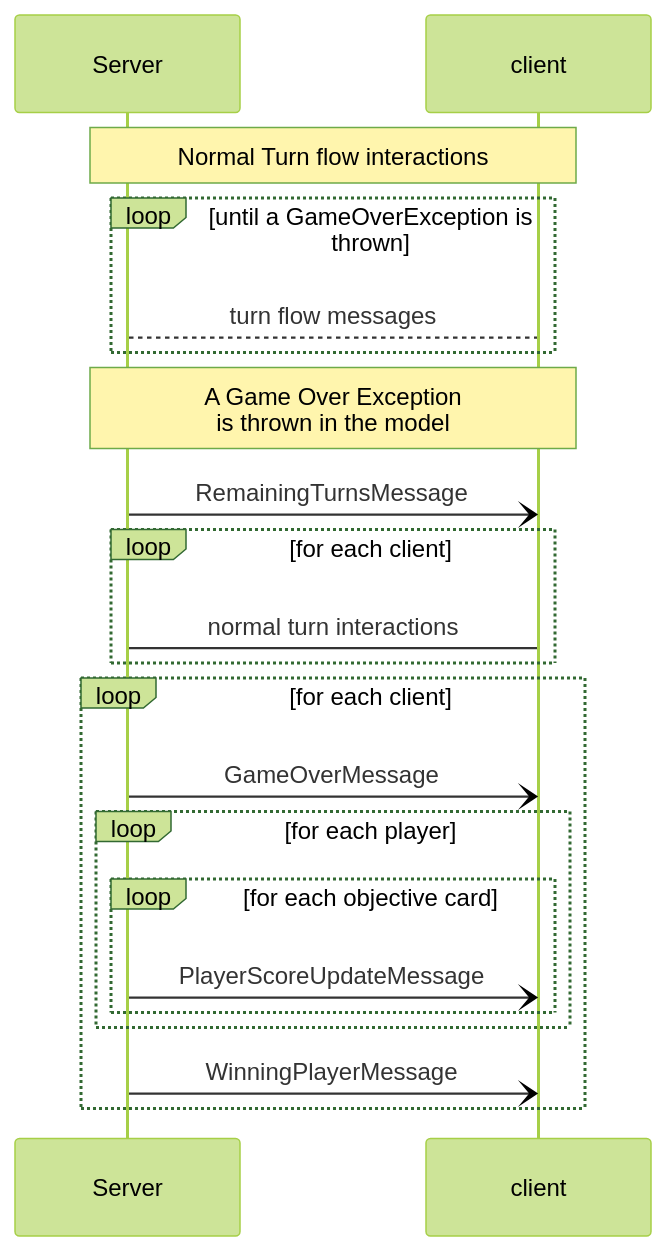
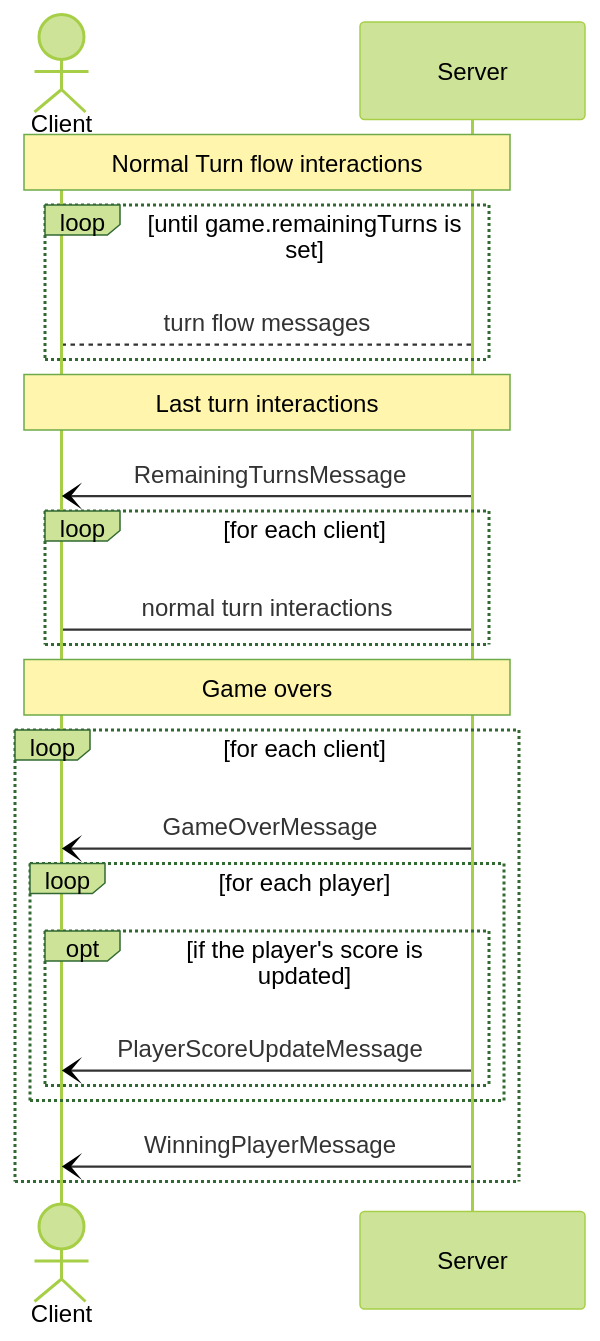
One commit to frephs/IS24-AM21 changed the fifth of 6 diagrams in documentation_wip/network_protocol.md. Above: the diagram before and after it, drawn with Mermaid (forest theme). The commit also changed other lines of this file, not shown here.

````diff
--- a/documentation_wip/network_protocol.md
+++ b/documentation_wip/network_protocol.md
@@ -173,23 +189,25 @@
 ```mermaid
 sequenceDiagram
-    Note over Server, client : Normal Turn flow interactions
-    loop until a GameOverException is thrown
-    Server --> client: turn flow messages 
+    Actor Client
+    Note over Server, Client : Normal Turn flow interactions
+    loop until game.remainingTurns is set
+    Server --> Client: turn flow messages 
     end 
-    Note over Server, client: A Game Over Exception <br> is thrown in the model
-    Server -) client : RemainingTurnsMessage 
+    Note over Server, Client: Last turn interactions
+    Server -) Client : RemainingTurnsMessage 
     loop for each client 
-        Server -> client: normal turn interactions 
+        Server -> Client: normal turn interactions 
     end 
     
+    Note over Server, Client: Game overs
     loop for each client 
-        Server -) client : GameOverMessage
+        Server -) Client : GameOverMessage
         loop for each player
-            loop for each objective card 
-                Server -) client : PlayerScoreUpdateMessage
-            end 
+            opt if the player's score is updated
+                Server -) Client : PlayerScoreUpdateMessage
+            end
         end
-        Server -) client : WinningPlayerMessage  
+        Server -) Client : WinningPlayerMessage  
     end
 
 ```
````
